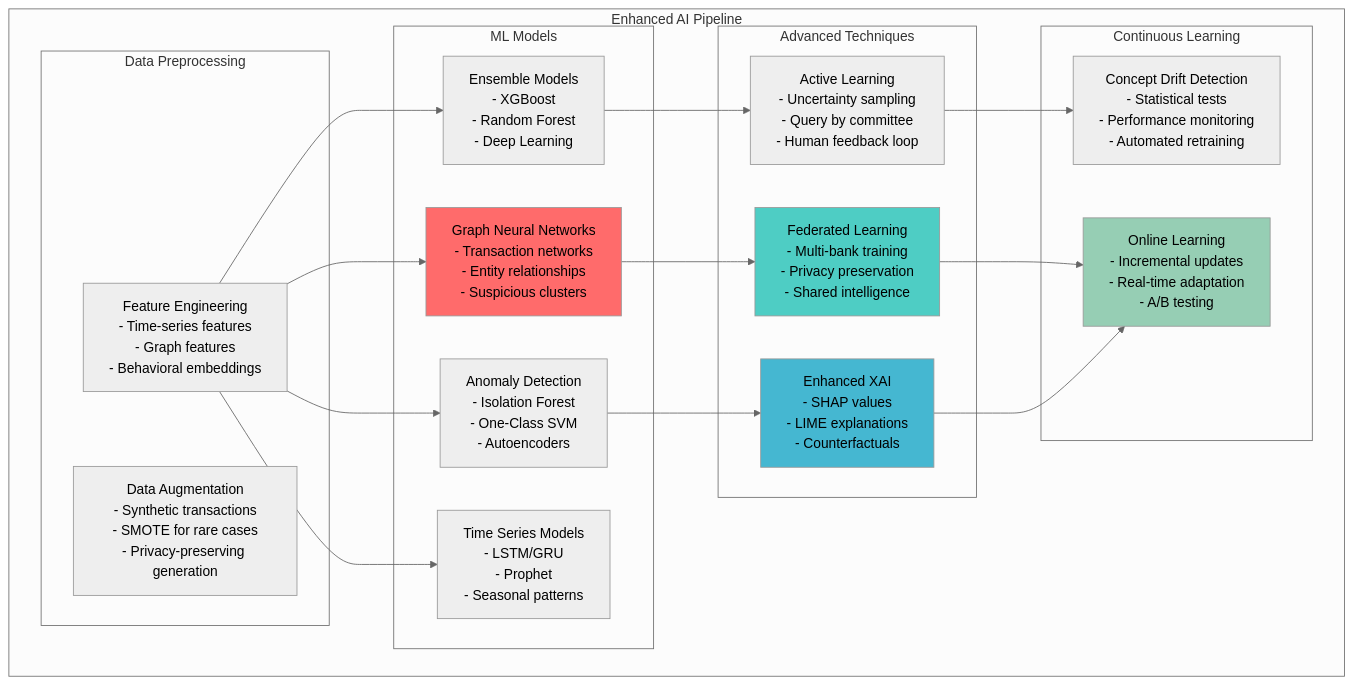
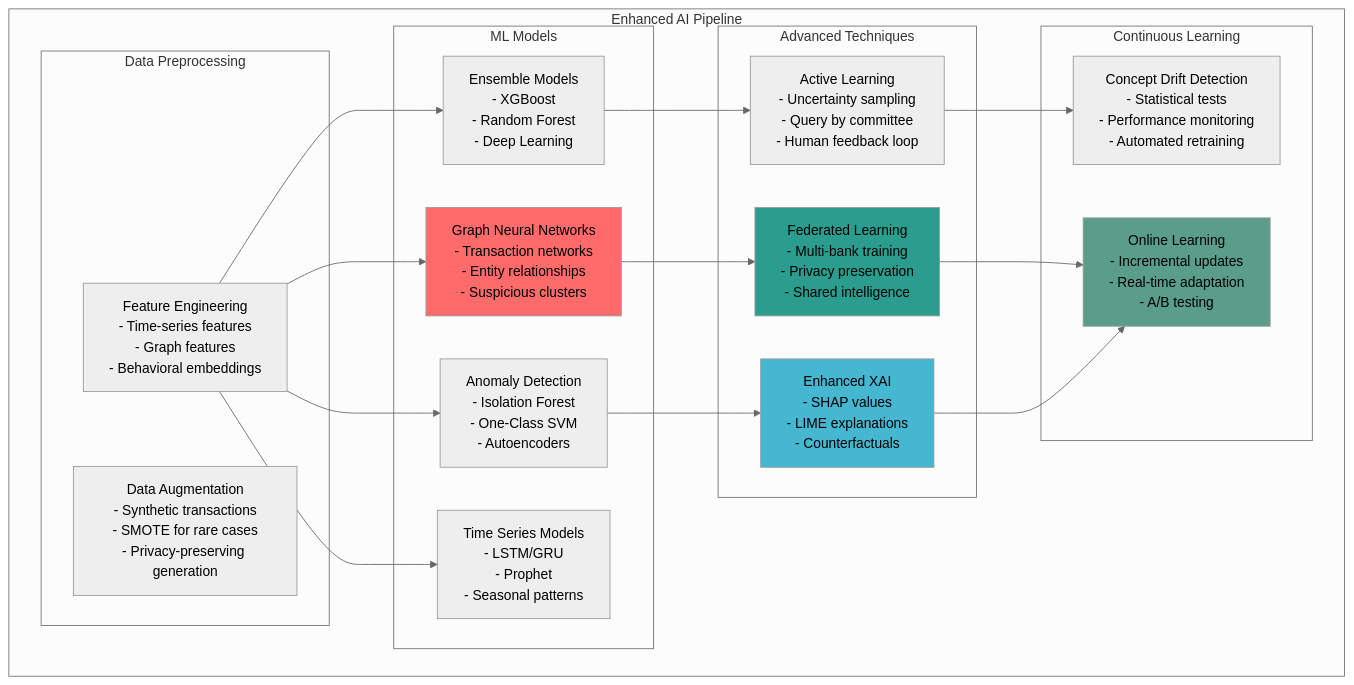
One commit to gregorizeidler-cw/LavandowskI-Chatbot changed the sixth of 12 diagrams in README.md. Above: the diagram before and after it, drawn with Mermaid (neutral theme). The commit also changed other lines of this file, not shown here.

````diff
--- a/README.md
+++ b/README.md
@@ -1076,45 +1076,45 @@
 ```mermaid
 graph TB
     subgraph "Enhanced AI Pipeline"
         subgraph "Data Preprocessing"
                     FEATURES[Feature Engineering<br/>- Time-series features<br/>- Graph features<br/>- Behavioral embeddings]
         AUGMENT[Data Augmentation<br/>- Synthetic transactions<br/>- SMOTE for rare cases<br/>- Privacy-preserving generation]
         end
         
         subgraph "ML Models"
             ENSEMBLE[Ensemble Models<br/>- XGBoost<br/>- Random Forest<br/>- Deep Learning]
             GRAPH[Graph Neural Networks<br/>- Transaction networks<br/>- Entity relationships<br/>- Suspicious clusters]
             ANOMALY[Anomaly Detection<br/>- Isolation Forest<br/>- One-Class SVM<br/>- Autoencoders]
             TIME[Time Series Models<br/>- LSTM/GRU<br/>- Prophet<br/>- Seasonal patterns]
         end
         
         subgraph "Advanced Techniques"
             ACTIVE[Active Learning<br/>- Uncertainty sampling<br/>- Query by committee<br/>- Human feedback loop]
             FEDERATED[Federated Learning<br/>- Multi-bank training<br/>- Privacy preservation<br/>- Shared intelligence]
             EXPLAINABLE[Enhanced XAI<br/>- SHAP values<br/>- LIME explanations<br/>- Counterfactuals]
         end
         
         subgraph "Continuous Learning"
             DRIFT[Concept Drift Detection<br/>- Statistical tests<br/>- Performance monitoring<br/>- Automated retraining]
             ONLINE[Online Learning<br/>- Incremental updates<br/>- Real-time adaptation<br/>- A/B testing]
         end
     end
     
     FEATURES --> ENSEMBLE
     FEATURES --> GRAPH
     FEATURES --> ANOMALY
     FEATURES --> TIME
     
     ENSEMBLE --> ACTIVE
     GRAPH --> FEDERATED
     ANOMALY --> EXPLAINABLE
     
     ACTIVE --> DRIFT
     FEDERATED --> ONLINE
     EXPLAINABLE --> ONLINE
     
     style GRAPH fill:#ff6b6b
-    style FEDERATED fill:#4ecdc4
+    style FEDERATED fill:#2a9d8f
     style EXPLAINABLE fill:#45b7d1
-    style ONLINE fill:#96ceb4
+    style ONLINE fill:#5a9e8a
 ```
````
